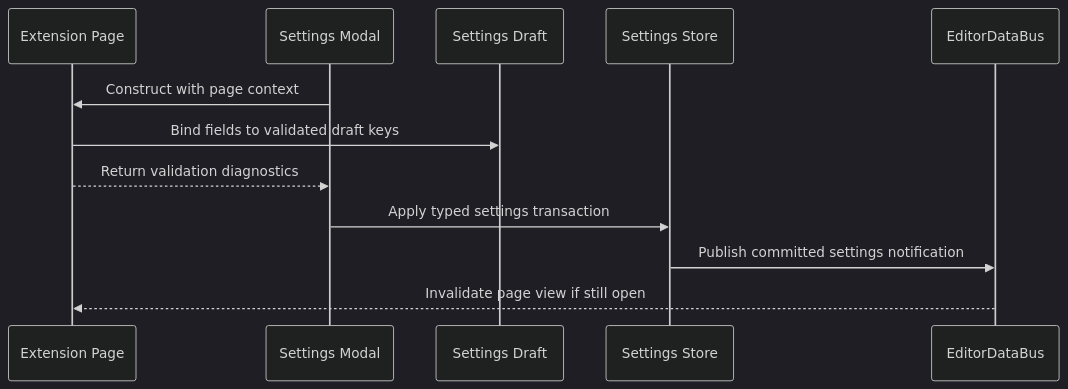
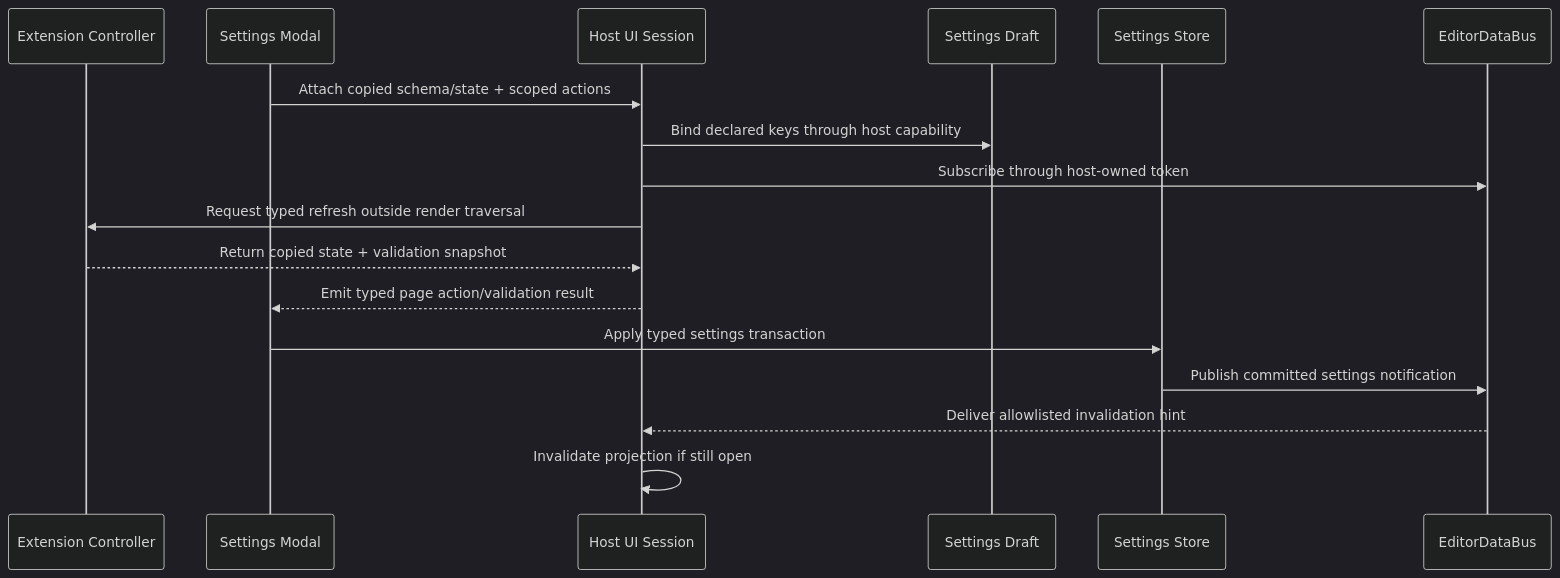
Before and after one commit to abdullahbodur/horo-engine: the second of 2 diagrams in docs/architecture/editor/editor-modal-host.md, drawn with Mermaid (dark theme). The commit also changed other lines of this file and 2 other files, not shown here.

Commit message:
docs(extensions): route UI invalidation through host HORO-103 #103 [EXT-003.1]

````diff
--- a/docs/architecture/editor/editor-modal-host.md
+++ b/docs/architecture/editor/editor-modal-host.md
@@ -525,15 +525,20 @@
 ```mermaid
 sequenceDiagram
-    participant Ext as Extension Page
+    participant Ext as Extension Controller
     participant Settings as Settings Modal
+    participant Session as Host UI Session
     participant Draft as Settings Draft
     participant Store as Settings Store
     participant Bus as EditorDataBus
 
-    Settings->>Ext: Construct with page context
-    Ext->>Draft: Bind fields to validated draft keys
-    Ext-->>Settings: Return validation diagnostics
+    Settings->>Session: Attach copied schema/state + scoped actions
+    Session->>Draft: Bind declared keys through host capability
+    Session->>Bus: Subscribe through host-owned token
+    Session->>Ext: Request typed refresh outside render traversal
+    Ext-->>Session: Return copied state + validation snapshot
+    Session-->>Settings: Emit typed page action/validation result
     Settings->>Store: Apply typed settings transaction
     Store->>Bus: Publish committed settings notification
-    Bus-->>Ext: Invalidate page view if still open
+    Bus-->>Session: Deliver allowlisted invalidation hint
+    Session->>Session: Invalidate projection if still open
 ```
````
